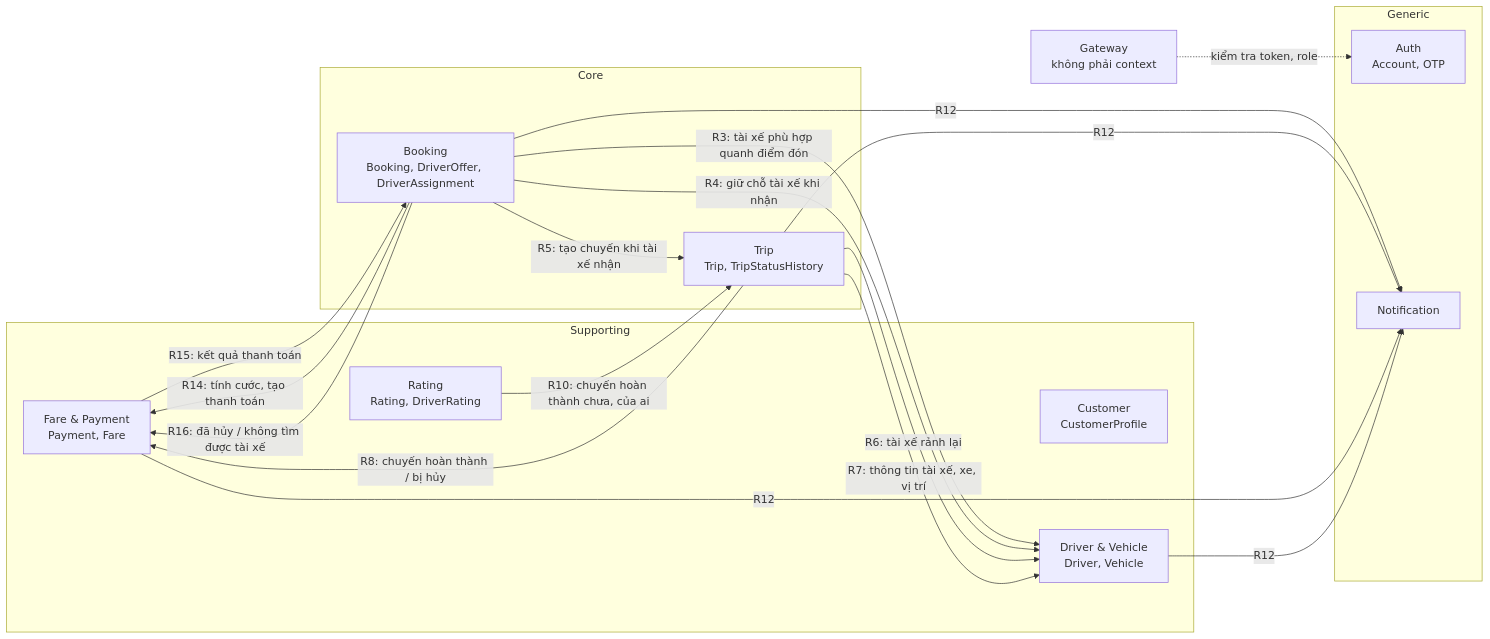
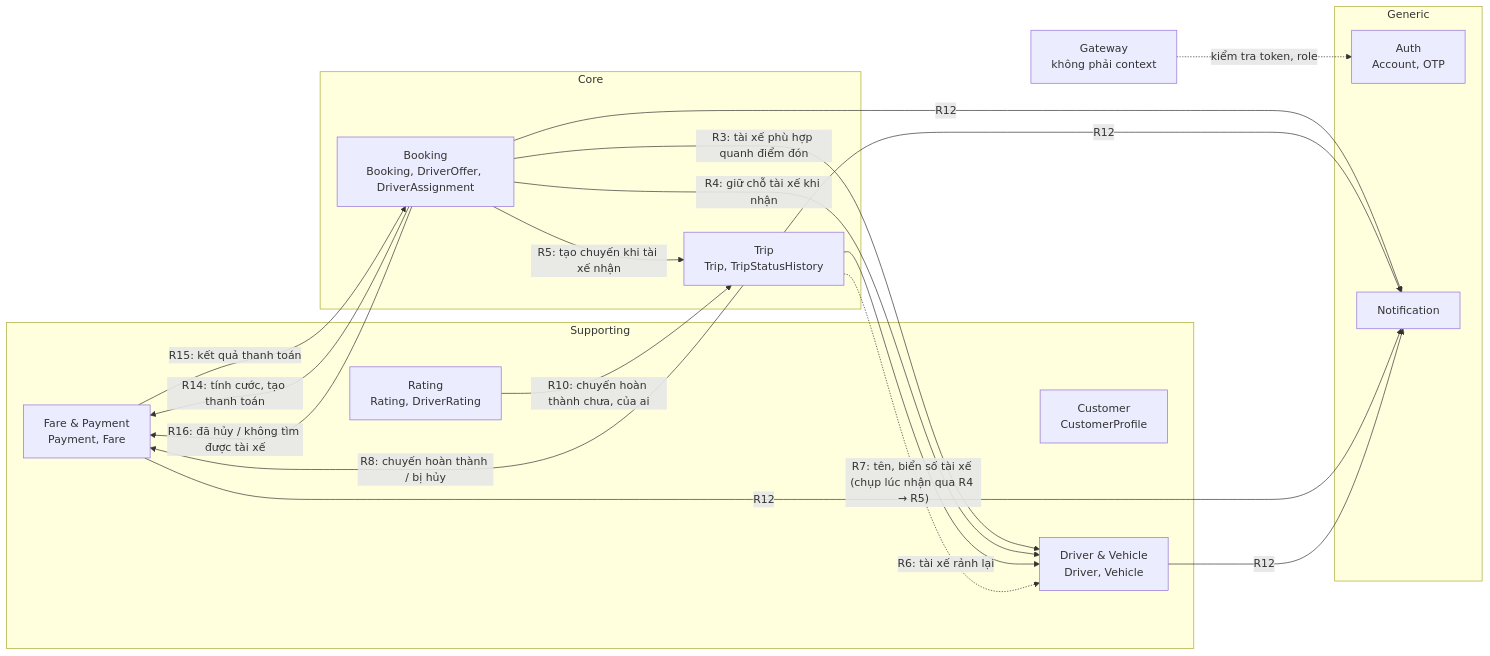
One commit to nghuuduc21/23699411_NguyenHuuDuc_CabSystem changed the first of 6 diagrams in docs/design/01-bounded-contexts.md. Above: the diagram before and after it, drawn with Mermaid. The commit also changed other lines of this file and 11 other files, not shown here.

````diff
--- a/docs/design/01-bounded-contexts.md
+++ b/docs/design/01-bounded-contexts.md
@@ -106,35 +106,35 @@
 ```mermaid
 flowchart LR
   GW[Gateway<br/>không phải context]
 
   subgraph Generic
     AUTH[Auth<br/>Account, OTP]
     NOTI[Notification]
   end
   subgraph Supporting
     CUS[Customer<br/>CustomerProfile]
     DRV[Driver & Vehicle<br/>Driver, Vehicle]
     PAY[Fare & Payment<br/>Payment, Fare]
     RAT[Rating<br/>Rating, DriverRating]
   end
   subgraph Core
     BK[Booking<br/>Booking, DriverOffer, DriverAssignment]
     TRIP[Trip<br/>Trip, TripStatusHistory]
   end
 
   GW -. kiểm tra token, role .-> AUTH
   BK -- R3: tài xế phù hợp quanh điểm đón --> DRV
   BK -- R4: giữ chỗ tài xế khi nhận --> DRV
   BK -- R14: tính cước, tạo thanh toán --> PAY
   PAY -- R15: kết quả thanh toán --> BK
   BK -- R16: đã hủy / không tìm được tài xế --> PAY
   BK -- R5: tạo chuyến khi tài xế nhận --> TRIP
   TRIP -- R6: tài xế rảnh lại --> DRV
-  TRIP -- R7: thông tin tài xế, xe, vị trí --> DRV
+  TRIP -. R7: tên, biển số tài xế (chụp lúc nhận qua R4 → R5) .-> DRV
   TRIP -- R8: chuyến hoàn thành / bị hủy --> PAY
   RAT -- R10: chuyến hoàn thành chưa, của ai --> TRIP
   BK -- R12 --> NOTI
   TRIP -- R12 --> NOTI
   PAY -- R12 --> NOTI
   DRV -- R12 --> NOTI
 ```
````
